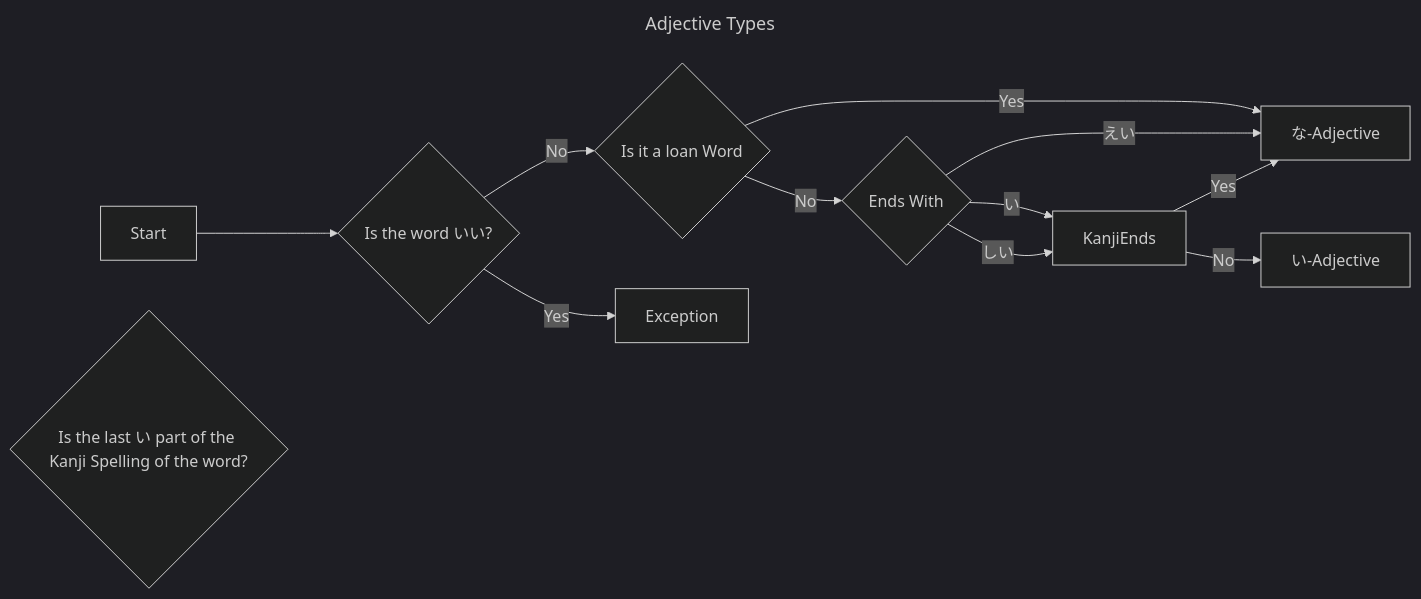
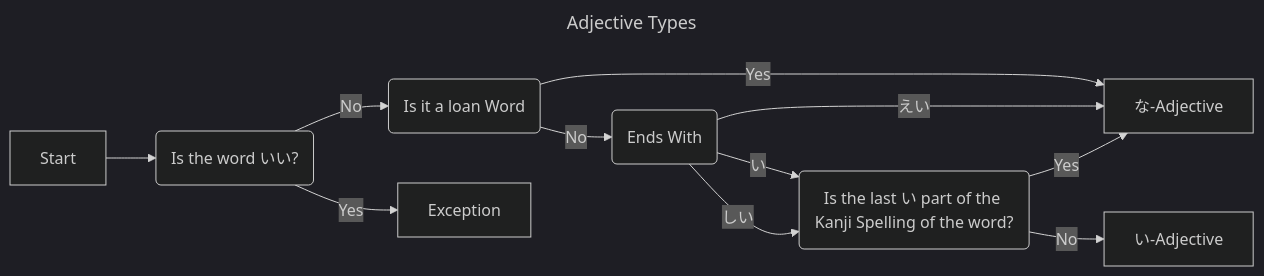
One commit to NathanKewley/Japanese changed the diagram in Grammar/い-Adjectives-And-な-Adjectives.md. Above: the diagram before and after it, drawn with Mermaid (dark theme).

Commit message:
attempt at a diagram

````diff
--- a/Grammar/い-Adjectives-And-な-Adjectives.md
+++ b/Grammar/い-Adjectives-And-な-Adjectives.md
@@ -55,24 +55,24 @@
 ```mermaid
 ---
 title: Adjective Types
 ---
 flowchart LR;
-    Start[Start] --> Except{Is the word いい?}
-    IsIt{Is it a loan Word}
-    NotLoan{Ends With}
-    KanjiEnd{Is the last い part of the Kanji Spelling of the word?}
+    Start[Start] --> Except(Is the word いい?)
+    IsIt(Is it a loan Word)
+    NotLoan(Ends With)
+    KanjiEnds(Is the last い part of the Kanji Spelling of the word?)
 
     い-Adjective[い-Adjective]
     な-Adjective[な-Adjective]
     Exception[Exception]
 
     Except -->|Yes| Exception
     Except -->|No| IsIt
     IsIt -->|Yes| な-Adjective
     IsIt -->|No| NotLoan
     NotLoan -->|えい| な-Adjective
     NotLoan -->|い| KanjiEnds
     NotLoan -->|しい| KanjiEnds
     KanjiEnds -->|Yes| な-Adjective
     KanjiEnds -->|No| い-Adjective
 ```
````
